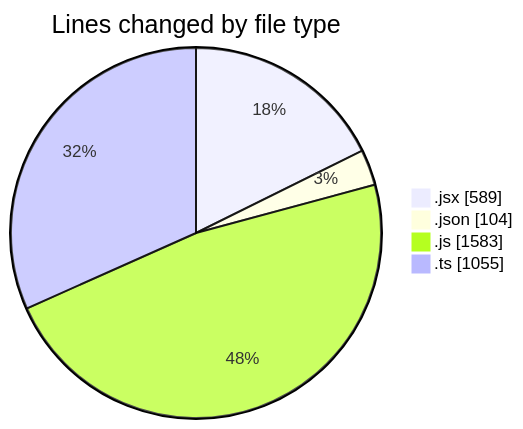
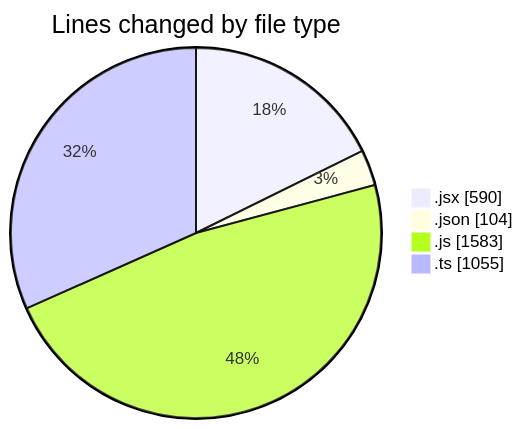
The first of 2 diagrams in 2025-05-19/cda/README.md (momahboobian/code-tracking), drawn with Mermaid before and after one commit. The commit also changed other lines of this file and 1 other file, not shown here.

````diff
--- a/2025-05-19/cda/README.md
+++ b/2025-05-19/cda/README.md
@@ -28,8 +28,8 @@
 ```mermaid
 pie showData
 title Lines changed by file type
-".jsx" : 589
+".jsx" : 590
 ".json" : 104
 ".js" : 1583
 ".ts" : 1055
 ```
````
